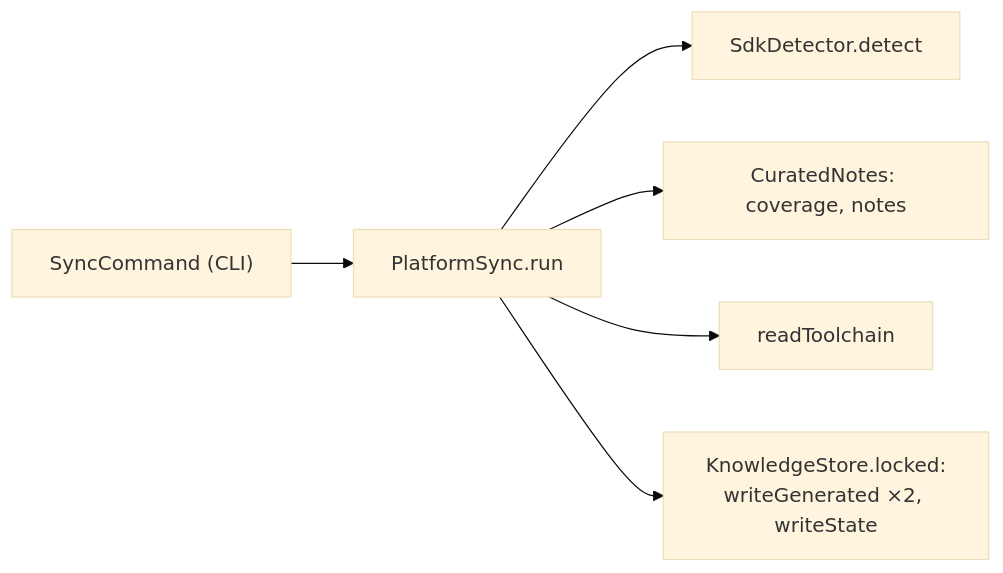
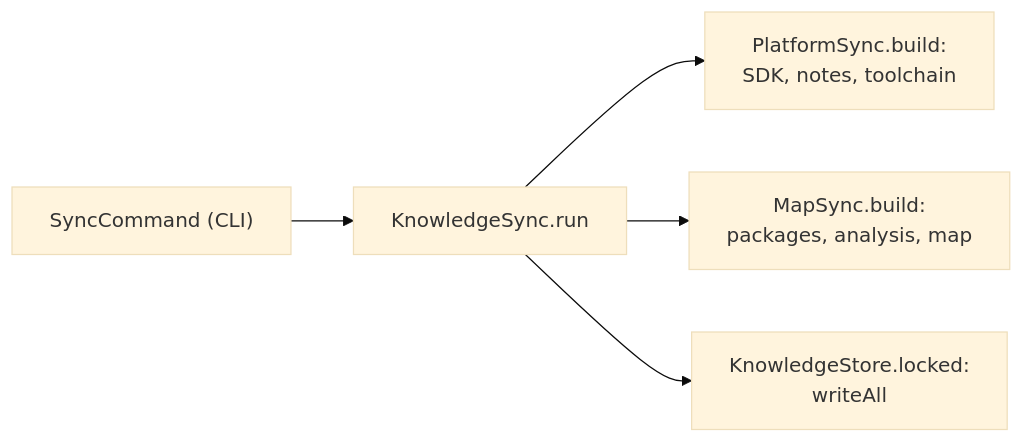
Before and after one commit to UTTAM-VAGHASIA/appstein: the diagram in docs/guide/knowledge-store.md, drawn with Mermaid (base theme). The commit also changed other lines of this file and 9 other files, not shown here.

````diff
--- a/docs/guide/knowledge-store.md
+++ b/docs/guide/knowledge-store.md
@@ -25,8 +29,7 @@
 ```mermaid
 flowchart LR
-  cli["SyncCommand (CLI)"] --> run["PlatformSync.run"]
-  run --> detect["SdkDetector.detect"]
-  run --> notes["CuratedNotes: coverage, notes"]
-  run --> tool["readToolchain"]
-  run --> store["KnowledgeStore.locked:<br/>writeGenerated ×2, writeState"]
+  cli["SyncCommand (CLI)"] --> run["KnowledgeSync.run"]
+  run --> platform["PlatformSync.build:<br/>SDK, notes, toolchain"]
+  run --> map["MapSync.build:<br/>packages, analysis, map"]
+  run --> store["KnowledgeStore.locked:<br/>writeAll"]
 ```
````
